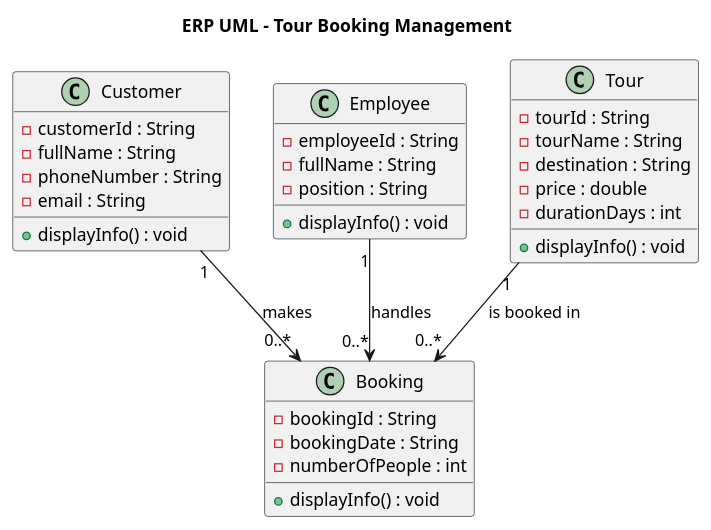
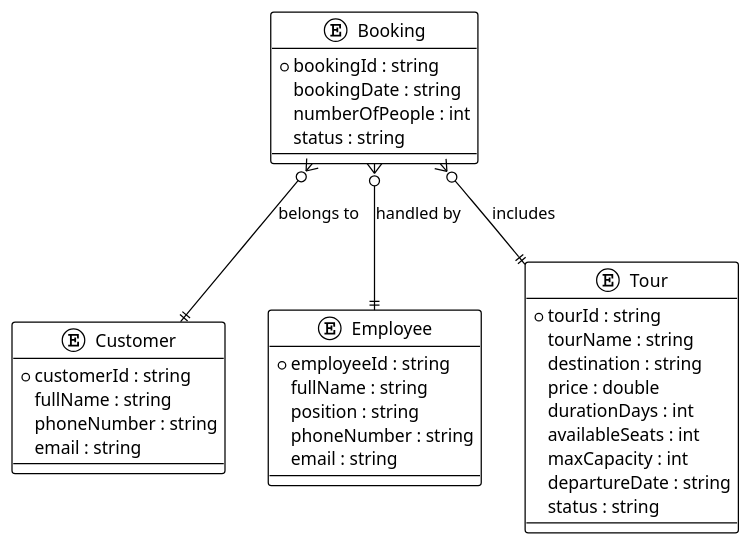
The diagram in ERP.plantuml (longphamduc-vn/DSA-Assignment-IT05), drawn with PlantUML before and after one commit. The commit also changed 15 other files, not shown here.

```diff
--- a/ERP.plantuml
+++ b/ERP.plantuml
@@ -1,39 +1,42 @@
 @startuml
-title ERP UML - Tour Booking Management
+!theme plain
 
-class Customer {
-  - customerId : String
-  - fullName : String
-  - phoneNumber : String
-  - email : String
-  + displayInfo() : void
+entity "Booking" as Booking {
+    * bookingId : string
+    bookingDate : string
+    numberOfPeople : int
+    status : string
 }
 
-class Employee {
-  - employeeId : String
-  - fullName : String
-  - position : String
-  + displayInfo() : void
+entity "Customer" as Customer {
+    * customerId : string
+    fullName : string
+    phoneNumber : string
+    email : string
 }
 
-class Tour {
-  - tourId : String
-  - tourName : String
-  - destination : String
-  - price : double
-  - durationDays : int
-  + displayInfo() : void
+entity "Employee" as Employee {
+    * employeeId : string
+    fullName : string
+    position : string
+    phoneNumber : string
+    email : string
 }
 
-class Booking {
-  - bookingId : String
-  - bookingDate : String
-  - numberOfPeople : int
-  + displayInfo() : void
+entity "Tour" as Tour {
+    * tourId : string
+    tourName : string
+    destination : string
+    price : double
+    durationDays : int
+    availableSeats : int
+    maxCapacity : int
+    departureDate : string
+    status : string
 }
 
-Customer "1" --> "0..*" Booking : makes
-Employee "1" --> "0..*" Booking : handles
-Tour "1" --> "0..*" Booking : is booked in
+Booking }o--|| Customer : "belongs to"
+Booking }o--|| Tour : "includes"
+Booking }o--|| Employee : "handled by"
 
 @enduml
```
